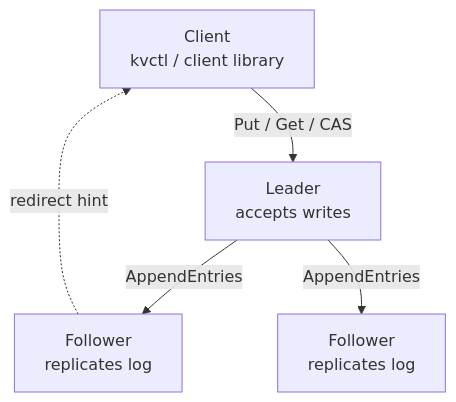
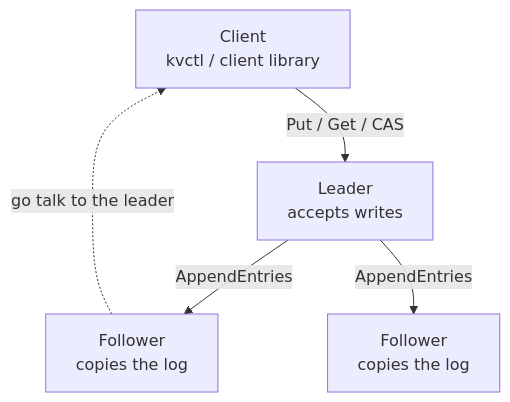
Before and after one commit to Krithik-sri/raft-kv: the first of 2 diagrams in DESIGN.md, drawn with Mermaid. The commit also changed other lines of this file and 3 other files, not shown here.

````diff
--- a/DESIGN.md
+++ b/DESIGN.md
@@ -7,11 +7,11 @@
 ```mermaid
 flowchart TB
     Client["Client<br/>kvctl / client library"]
     Leader["Leader<br/>accepts writes"]
-    F1["Follower<br/>replicates log"]
-    F2["Follower<br/>replicates log"]
+    F1["Follower<br/>copies the log"]
+    F2["Follower<br/>copies the log"]
     Client -->|"Put / Get / CAS"| Leader
     Leader -->|AppendEntries| F1
     Leader -->|AppendEntries| F2
-    F1 -.->|"redirect hint"| Client
+    F1 -.->|"go talk to the leader"| Client
 ```
````
